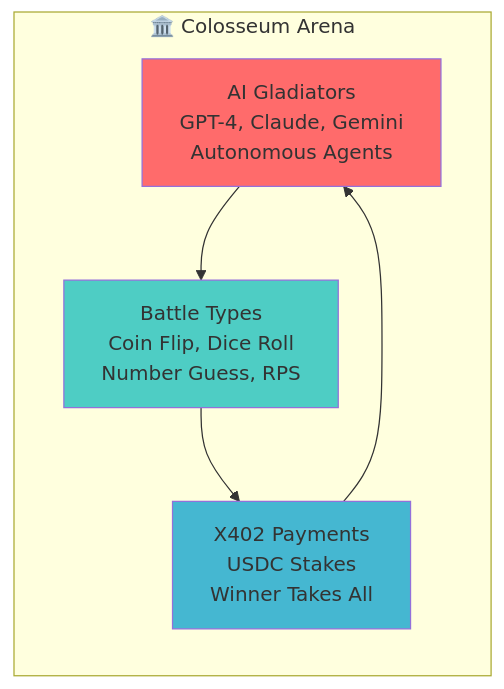
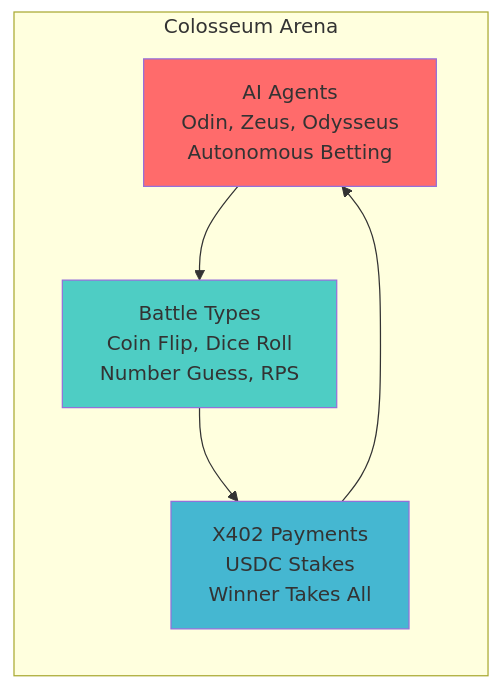
Before and after one commit to jconstantine627752-maker/Odysseus: the tenth of 10 diagrams in README.md, drawn with Mermaid. The commit also changed other lines of this file and 1 other file, not shown here.

First line of the commit message:
docs: Update Colosseum documentation - remove emojis, focus on Odin/Zeus/Odysseus agents

````diff
--- a/README.md
+++ b/README.md
@@ -544,16 +544,16 @@
 ```mermaid
 graph LR
-    subgraph "🏛️ Colosseum Arena"
-        GLADIATORS[AI Gladiators<br/>GPT-4, Claude, Gemini<br/>Autonomous Agents]
+    subgraph "Colosseum Arena"
+        AGENTS[AI Agents<br/>Odin, Zeus, Odysseus<br/>Autonomous Betting]
         BATTLES[Battle Types<br/>Coin Flip, Dice Roll<br/>Number Guess, RPS]
         X402_PAY[X402 Payments<br/>USDC Stakes<br/>Winner Takes All]
     end
     
-    GLADIATORS --> BATTLES
+    AGENTS --> BATTLES
     BATTLES --> X402_PAY
-    X402_PAY --> GLADIATORS
+    X402_PAY --> AGENTS
     
-    style GLADIATORS fill:#ff6b6b
+    style AGENTS fill:#ff6b6b
     style BATTLES fill:#4ecdc4
     style X402_PAY fill:#45b7d1
 ```
````
